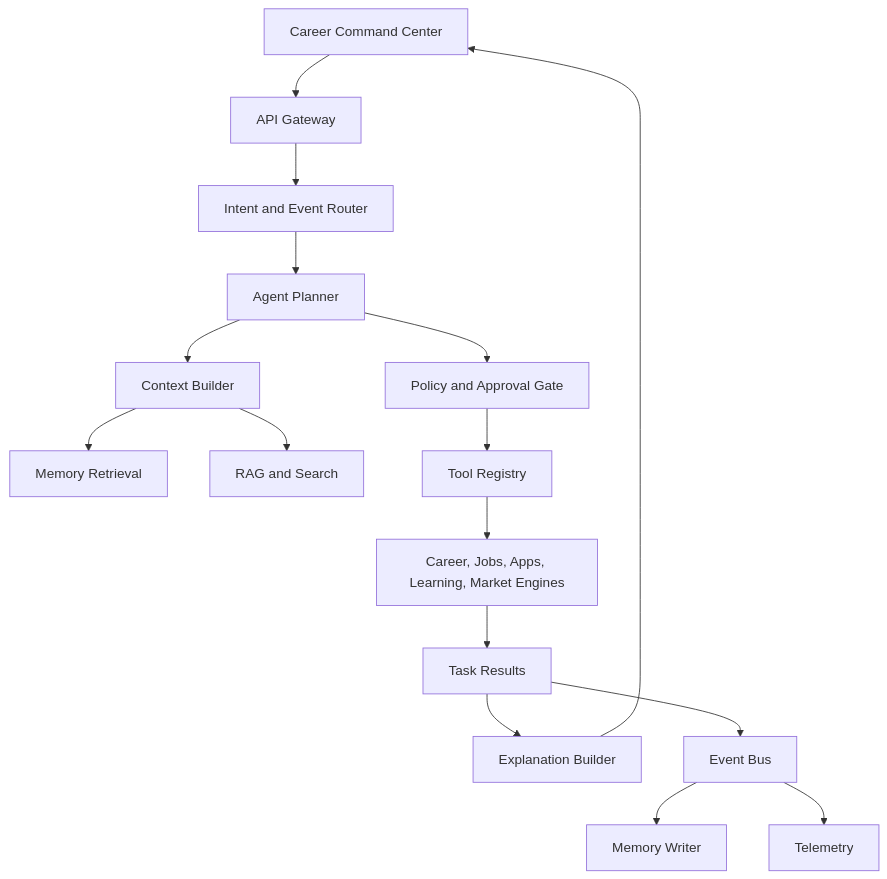
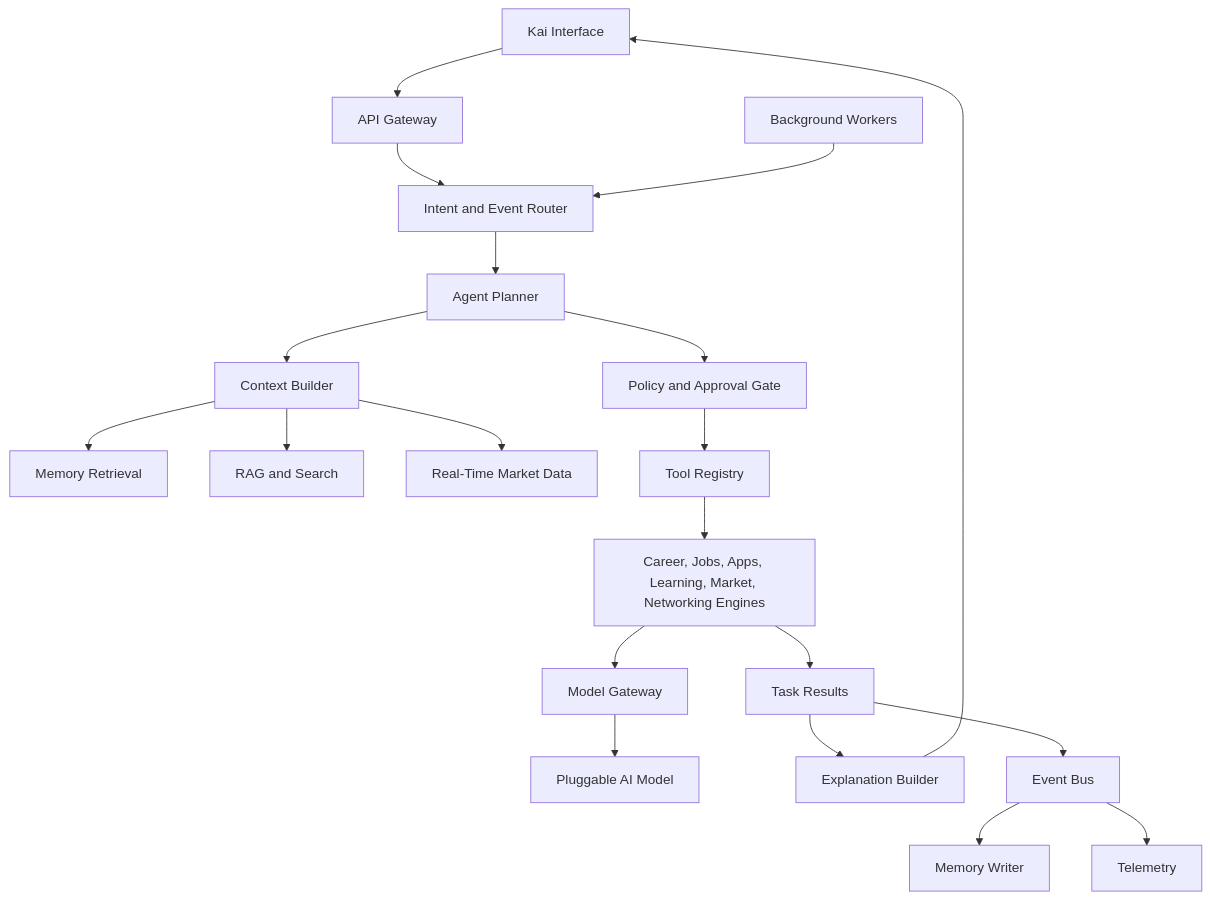
The diagram in docs/AGENT_ORCHESTRATION_ARCHITECTURE.md (Mirzzie/Fadi), drawn with Mermaid before and after one commit. The commit also changed other lines of this file and 65 other files, not shown here.

First line of the commit message:
docs: update architecture docs for Better Auth, Kai, and data sources

````diff
--- a/docs/AGENT_ORCHESTRATION_ARCHITECTURE.md
+++ b/docs/AGENT_ORCHESTRATION_ARCHITECTURE.md
@@ -21,18 +23,22 @@
 ```mermaid
 flowchart TD
-    UI[Career Command Center] --> API[API Gateway]
+    KaiUI[Kai Interface] --> API[API Gateway]
     API --> Router[Intent and Event Router]
     Router --> Planner[Agent Planner]
     Planner --> Context[Context Builder]
     Context --> Memory[Memory Retrieval]
     Context --> RAG[RAG and Search]
+    Context --> MarketData[Real-Time Market Data]
     Planner --> Policy[Policy and Approval Gate]
     Policy --> Tools[Tool Registry]
-    Tools --> Engines[Career, Jobs, Apps, Learning, Market Engines]
+    Tools --> Engines[Career, Jobs, Apps, Learning, Market, Networking Engines]
+    Engines --> Gateway[Model Gateway]
+    Gateway --> Model[Pluggable AI Model]
     Engines --> Results[Task Results]
     Results --> Explainer[Explanation Builder]
-    Explainer --> UI
+    Explainer --> KaiUI
     Results --> Events[Event Bus]
     Events --> MemoryWriter[Memory Writer]
     Events --> Analytics[Telemetry]
+    Background[Background Workers] --> Router
 ```
````
